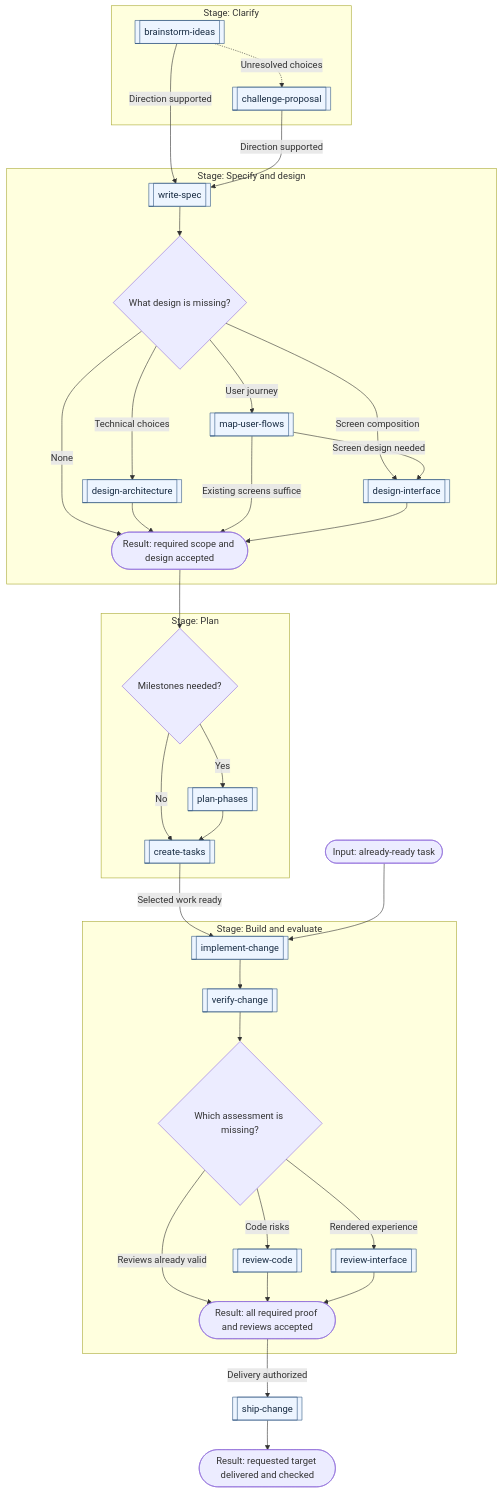
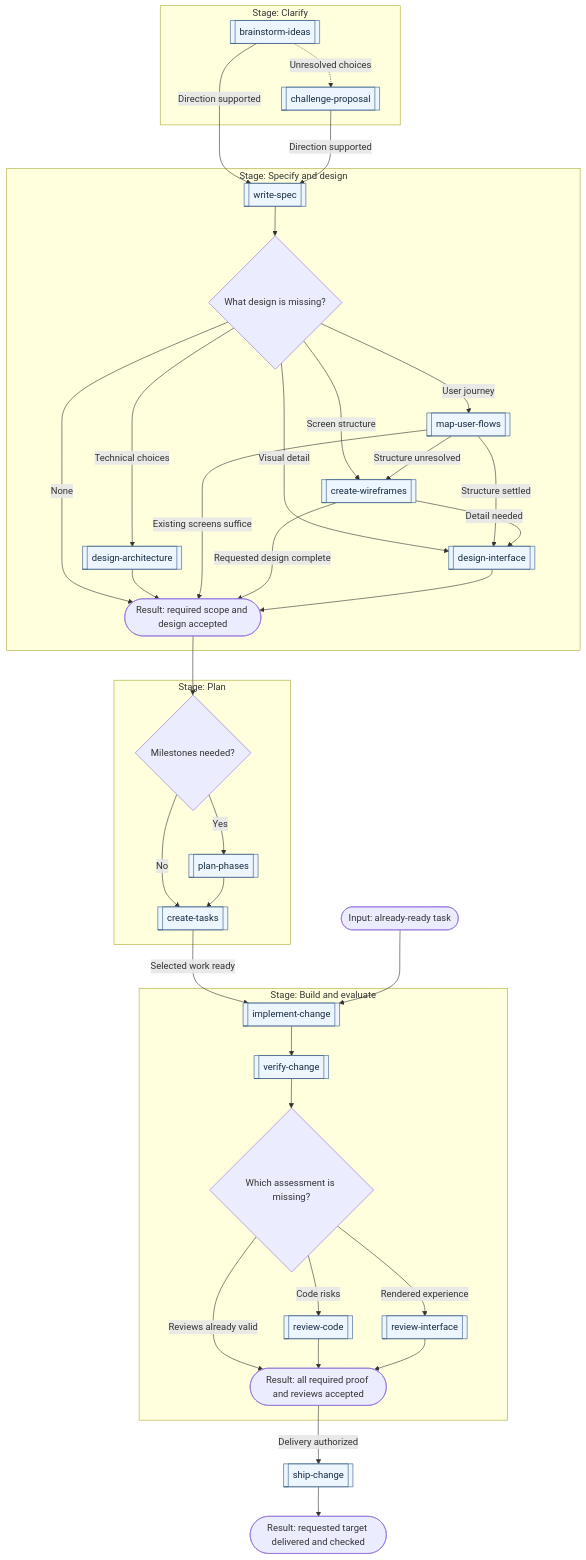
The diagram in README.md (bobalazek/skills), drawn with Mermaid before and after one commit. The commit also changed other lines of this file and 9 other files, not shown here.

````diff
--- a/README.md
+++ b/README.md
@@ -68,40 +69,44 @@
 ```mermaid
 flowchart TD
   subgraph Explore["Stage: Clarify"]
     Idea[["brainstorm-ideas"]] -. "Unresolved choices" .-> Challenge[["challenge-proposal"]]
   end
   Idea -->|Direction supported| Spec
   Challenge -->|Direction supported| Spec
   subgraph Design["Stage: Specify and design"]
     Spec[["write-spec"]] --> Need{"What design is missing?"}
     Need -->|Technical choices| Architecture[["design-architecture"]]
     Need -->|User journey| Flow[["map-user-flows"]]
-    Need -->|Screen composition| Screen
-    Flow -->|Screen design needed| Screen[["design-interface"]]
+    Need -->|Screen structure| Wire[["create-wireframes"]]
+    Need -->|Visual detail| Screen[["design-interface"]]
+    Flow -->|Structure unresolved| Wire
+    Flow -->|Structure settled| Screen
+    Wire -->|Detail needed| Screen
     Need -->|None| Agreed(["Result: required scope and design accepted"])
     Architecture --> Agreed
     Flow -->|Existing screens suffice| Agreed
+    Wire -->|Requested design complete| Agreed
     Screen --> Agreed
   end
   Agreed --> Size{"Milestones needed?"}
   subgraph Plan["Stage: Plan"]
     Size -->|Yes| Phases[["plan-phases"]]
     Size -->|No| Tasks[["create-tasks"]]
     Phases --> Tasks
   end
   Tasks -->|Selected work ready| Build
   Ready(["Input: already-ready task"]) --> Build
   subgraph Evaluate["Stage: Build and evaluate"]
     Build[["implement-change"]] --> Verify[["verify-change"]]
     Verify --> Review{"Which assessment is missing?"}
     Review -->|Code risks| Code[["review-code"]]
     Review -->|Rendered experience| UI[["review-interface"]]
     Review -->|Reviews already valid| Accepted(["Result: all required proof and reviews accepted"])
     Code --> Accepted
     UI --> Accepted
   end
   Accepted -->|Delivery authorized| Ship[["ship-change"]]
   Ship --> Delivered(["Result: requested target delivered and checked"])
   classDef skill fill:#edf5ff,stroke:#355b85,color:#172b42;
-  class Idea,Challenge,Spec,Architecture,Flow,Screen,Phases,Tasks,Build,Verify,Code,UI,Ship skill;
+  class Idea,Challenge,Spec,Architecture,Flow,Wire,Screen,Phases,Tasks,Build,Verify,Code,UI,Ship skill;
 ```
````
